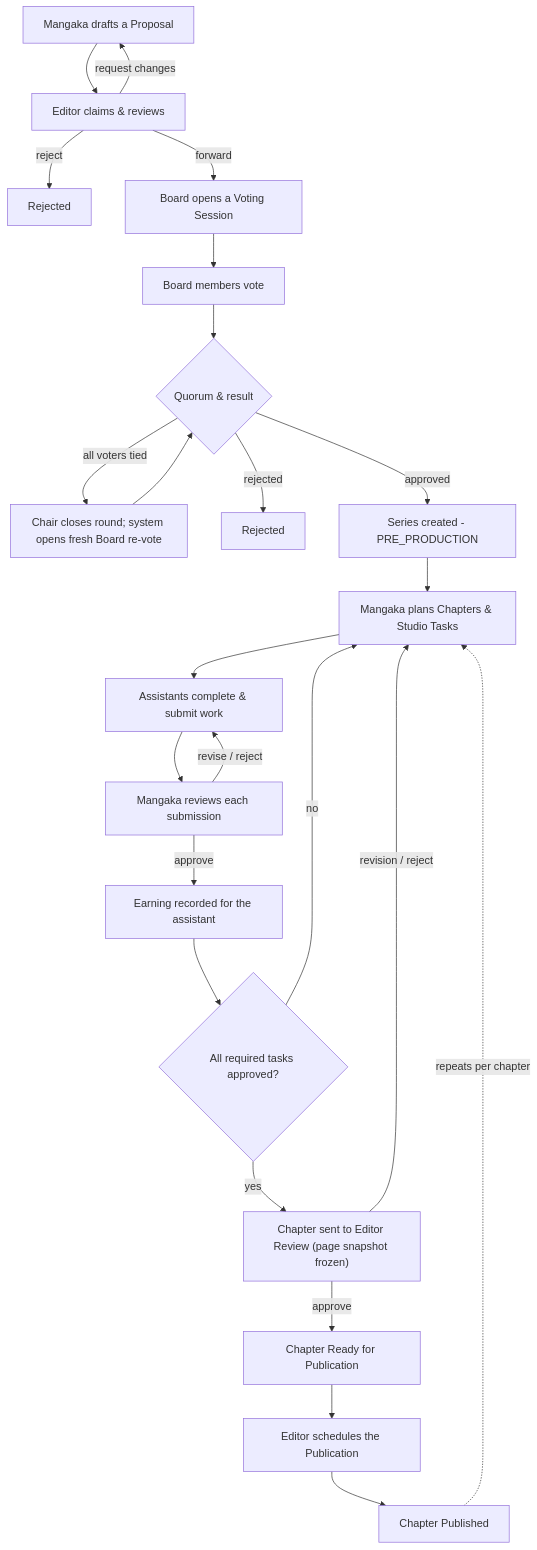
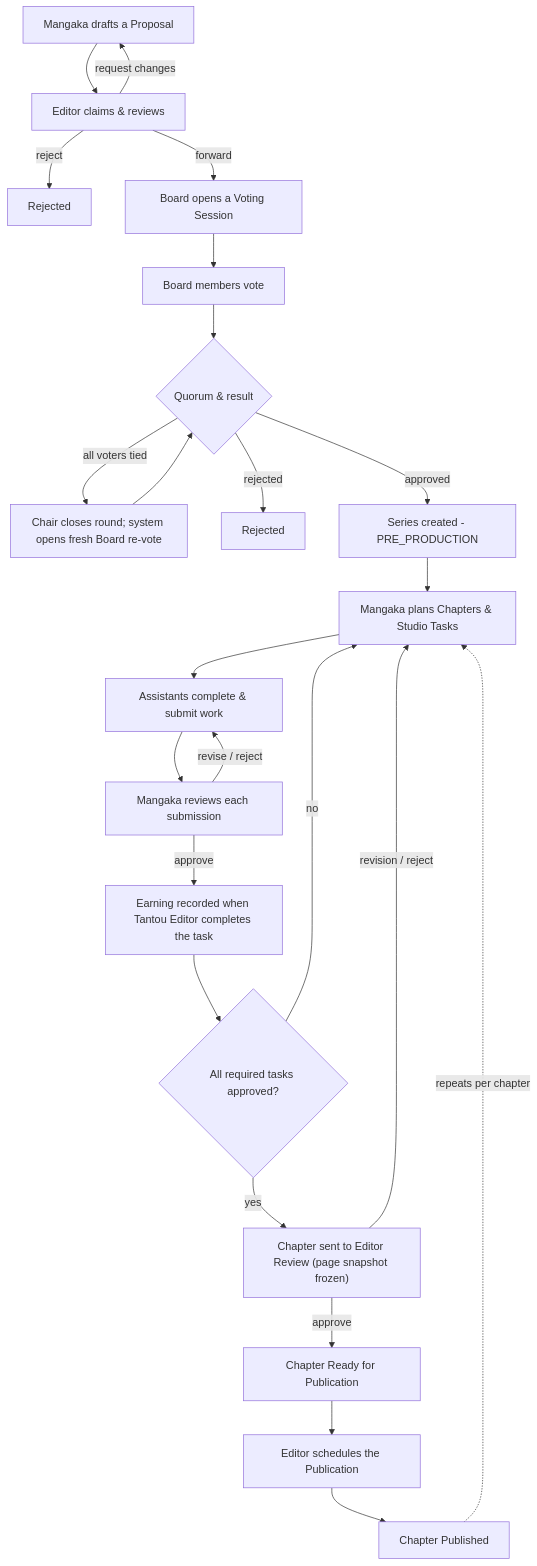
One commit to ntu254/MangaFlow changed the second of 8 diagrams in BUSINESS_FLOW.md. Above: the diagram before and after it, drawn with Mermaid. The commit also changed other lines of this file and 5 other files, not shown here.

Commit message:
docs: sync business flows and master doc to earn-at-COMPLETE model

````diff
--- a/BUSINESS_FLOW.md
+++ b/BUSINESS_FLOW.md
@@ -131,26 +131,26 @@
 ```mermaid
 flowchart TD
   A["Mangaka drafts a Proposal"] --> B["Editor claims &amp; reviews"]
   B -->|"request changes"| A
   B -->|"reject"| RJ1["Rejected"]
   B -->|"forward"| C["Board opens a Voting Session"]
   C --> D["Board members vote"]
   D --> E{"Quorum &amp; result"}
   E -->|"all voters tied"| T["Chair closes round; system opens fresh Board re-vote"]
   T --> E
   E -->|"rejected"| RJ2["Rejected"]
   E -->|"approved"| F["Series created - PRE_PRODUCTION"]
   F --> G["Mangaka plans Chapters &amp; Studio Tasks"]
   G --> H["Assistants complete &amp; submit work"]
   H --> I["Mangaka reviews each submission"]
   I -->|"revise / reject"| H
-  I -->|"approve"| K["Earning recorded for the assistant"]
+  I -->|"approve"| K["Earning recorded when Tantou Editor completes the task"]
   K --> L{"All required tasks approved?"}
   L -->|"no"| G
   L -->|"yes"| M["Chapter sent to Editor Review (page snapshot frozen)"]
   M -->|"revision / reject"| G
   M -->|"approve"| N["Chapter Ready for Publication"]
   N --> O["Editor schedules the Publication"]
   O --> P["Chapter Published"]
   P -.->|"repeats per chapter"| G
 ```
````
